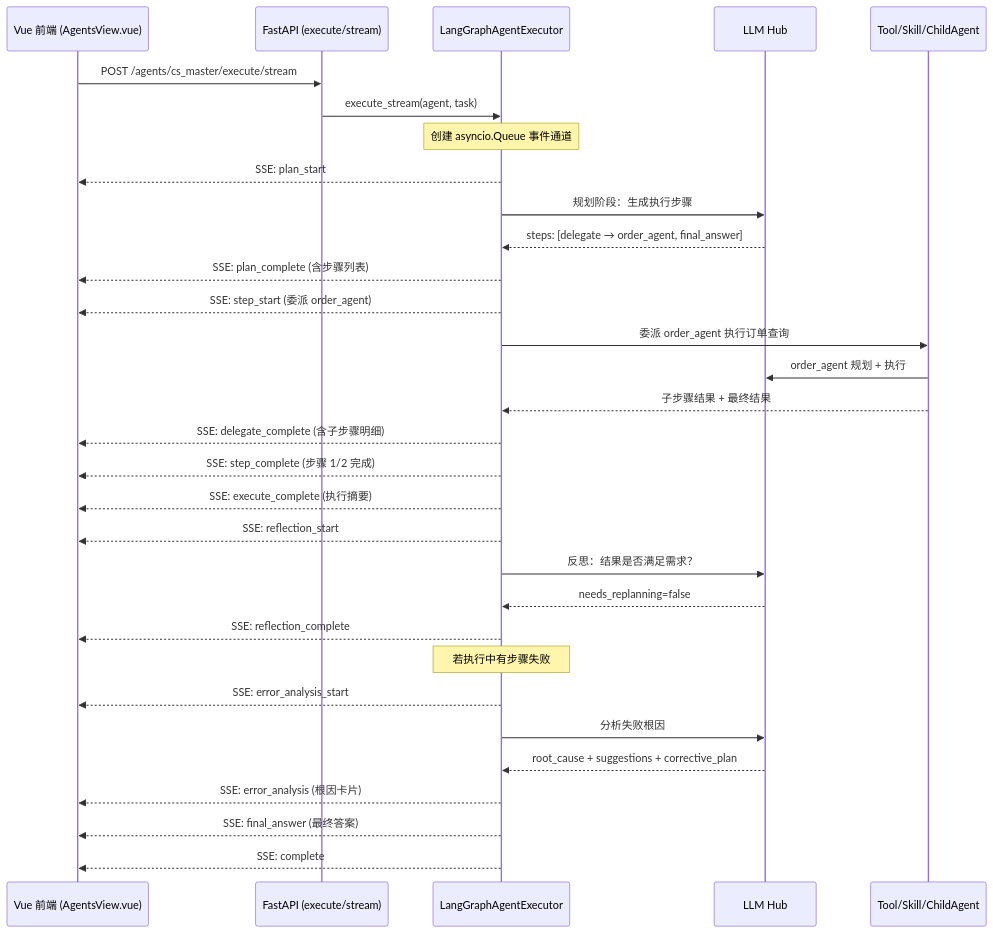
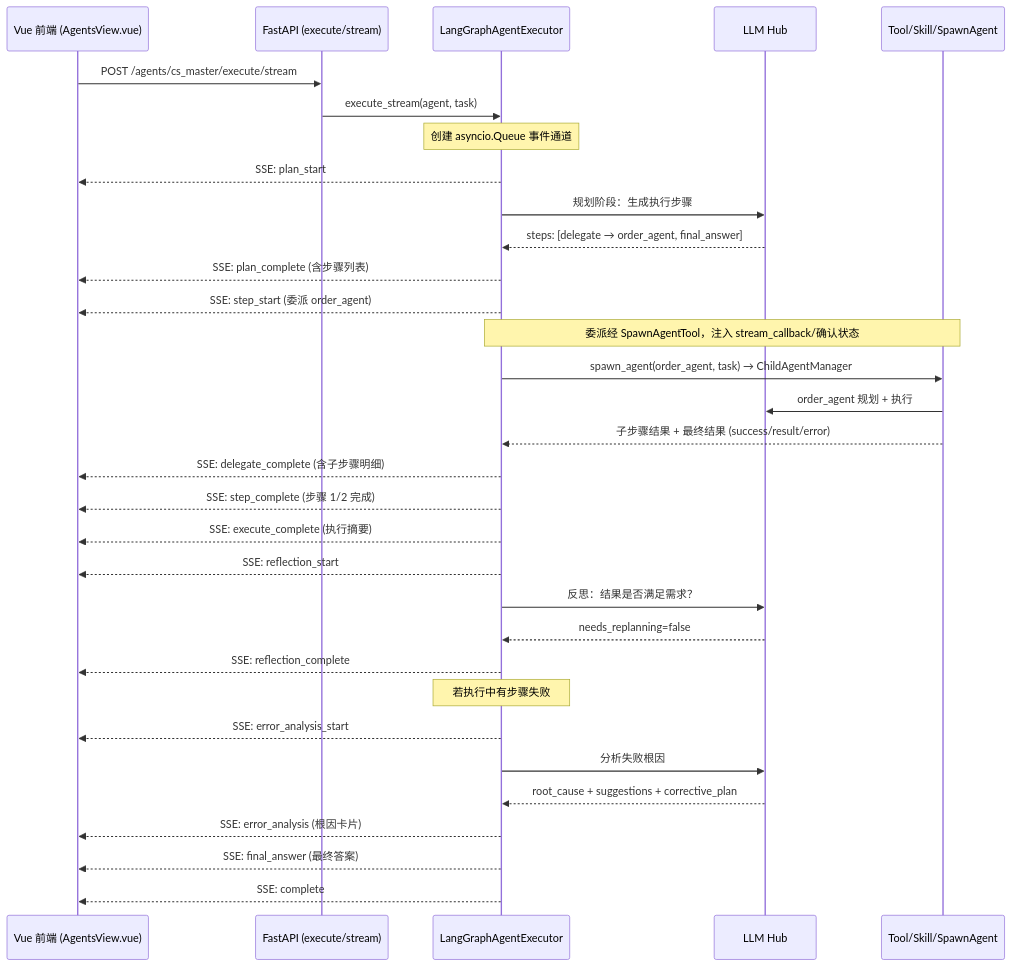
Before and after one commit to HokageYeah/ai-agent: the fourth of 4 diagrams in README.md, drawn with Mermaid. The commit also changed other lines of this file and 92 other files, not shown here.

Commit message:
1. 子 Agent 委派与事件身份修复：修正嵌套委派时 SSE 事件中 sub_agent_id 被错误覆盖的问题，order_agent 委派给 general_agent 时前端能正确显示「通用助手」身份。 2. 执行顺序与流式事件对齐：通过 on_step_complete 实时回调，在每步执行完立即推送 tool_complete/delegate_complete，保证 SSE 事件顺序与「先查库再委派」的计划执行顺序一致，并补充关键日志与注释便于调测。

````diff
--- a/README.md
+++ b/README.md
@@ -409,41 +415,42 @@
 ```mermaid
 sequenceDiagram
     participant Web as Vue 前端 (AgentsView.vue)
     participant API as FastAPI (execute/stream)
     participant Exec as LangGraphAgentExecutor
     participant LLM as LLM Hub
-    participant Tools as Tool/Skill/ChildAgent
+    participant Tools as Tool/Skill/SpawnAgent
 
     Web->>API: POST /agents/cs_master/execute/stream
     API->>Exec: execute_stream(agent, task)
     
     Note over Exec: 创建 asyncio.Queue 事件通道
 
     Exec-->>Web: SSE: plan_start
     Exec->>LLM: 规划阶段：生成执行步骤
     LLM-->>Exec: steps: [delegate → order_agent, final_answer]
     Exec-->>Web: SSE: plan_complete (含步骤列表)
 
     Exec-->>Web: SSE: step_start (委派 order_agent)
-    Exec->>Tools: 委派 order_agent 执行订单查询
+    Note over Exec,Tools: 委派经 SpawnAgentTool，注入 stream_callback/确认状态
+    Exec->>Tools: spawn_agent(order_agent, task) → ChildAgentManager
     Tools->>LLM: order_agent 规划 + 执行
-    Tools-->>Exec: 子步骤结果 + 最终结果
+    Tools-->>Exec: 子步骤结果 + 最终结果 (success/result/error)
     Exec-->>Web: SSE: delegate_complete (含子步骤明细)
 
     Exec-->>Web: SSE: step_complete (步骤 1/2 完成)
     Exec-->>Web: SSE: execute_complete (执行摘要)
 
     Exec-->>Web: SSE: reflection_start
     Exec->>LLM: 反思：结果是否满足需求？
     LLM-->>Exec: needs_replanning=false
     Exec-->>Web: SSE: reflection_complete
 
     Note over Exec: 若执行中有步骤失败
     Exec-->>Web: SSE: error_analysis_start
     Exec->>LLM: 分析失败根因
     LLM-->>Exec: root_cause + suggestions + corrective_plan
     Exec-->>Web: SSE: error_analysis (根因卡片)
 
     Exec-->>Web: SSE: final_answer (最终答案)
     Exec-->>Web: SSE: complete
 ```
````
